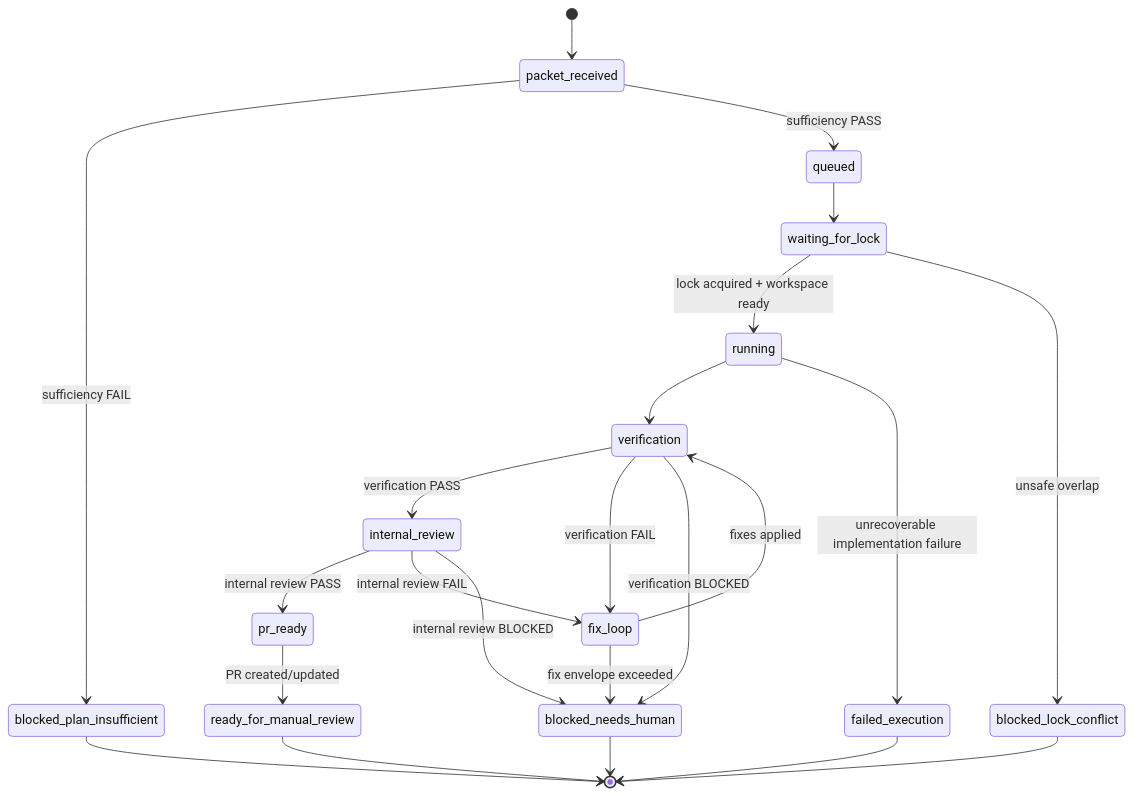
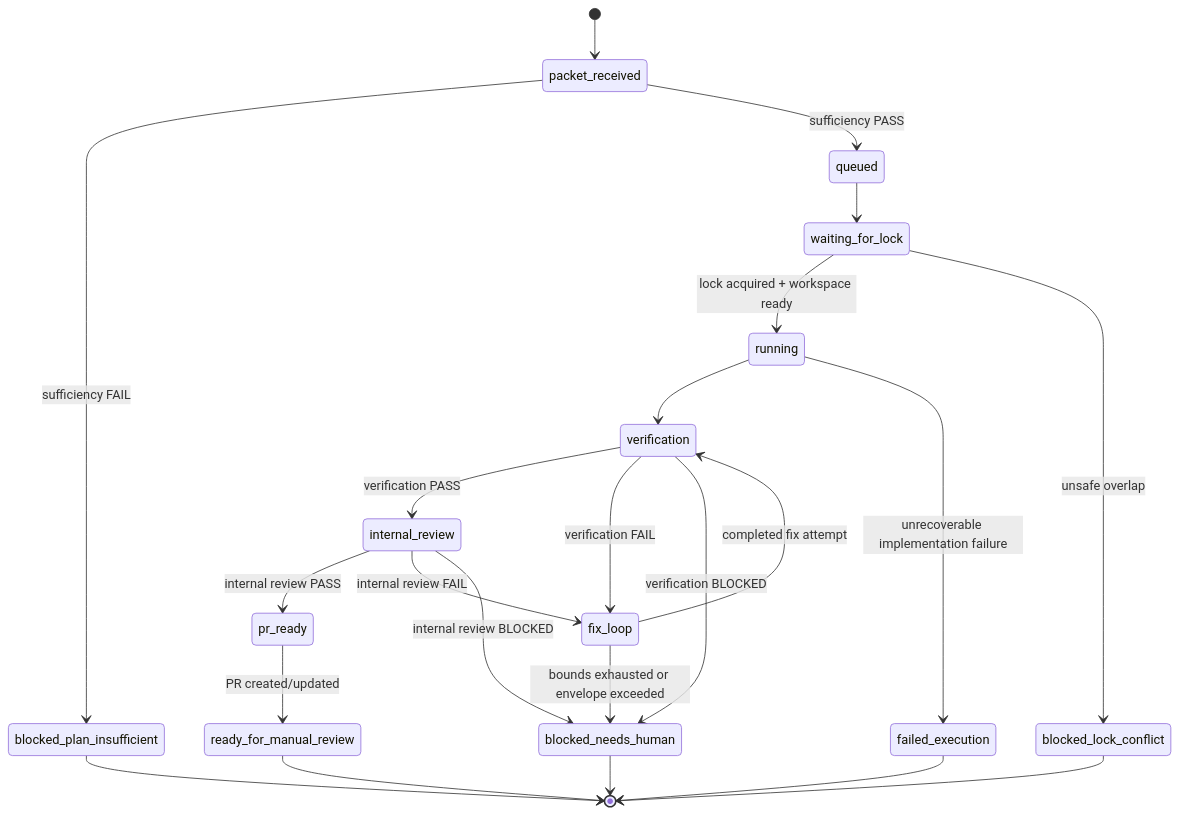
Before and after one commit to MrFlashAccount/Buran: the diagram in docs/state-machine.md, drawn with Mermaid. The commit also changed other lines of this file and 6 other files, not shown here.

````diff
--- a/docs/state-machine.md
+++ b/docs/state-machine.md
@@ -11,25 +11,25 @@
 ```mermaid
 stateDiagram-v2
   [*] --> packet_received
   packet_received --> blocked_plan_insufficient: sufficiency FAIL
   packet_received --> queued: sufficiency PASS
   queued --> waiting_for_lock
   waiting_for_lock --> running: lock acquired + workspace ready
   waiting_for_lock --> blocked_lock_conflict: unsafe overlap
   running --> verification
   running --> failed_execution: unrecoverable implementation failure
   verification --> internal_review: verification PASS
   verification --> fix_loop: verification FAIL
   verification --> blocked_needs_human: verification BLOCKED
   internal_review --> pr_ready: internal review PASS
   internal_review --> fix_loop: internal review FAIL
   internal_review --> blocked_needs_human: internal review BLOCKED
-  fix_loop --> verification: fixes applied
-  fix_loop --> blocked_needs_human: fix envelope exceeded
+  fix_loop --> verification: completed fix attempt
+  fix_loop --> blocked_needs_human: bounds exhausted or envelope exceeded
   pr_ready --> ready_for_manual_review: PR created/updated
   ready_for_manual_review --> [*]
   blocked_plan_insufficient --> [*]
   blocked_lock_conflict --> [*]
   blocked_needs_human --> [*]
   failed_execution --> [*]
 ```
````
